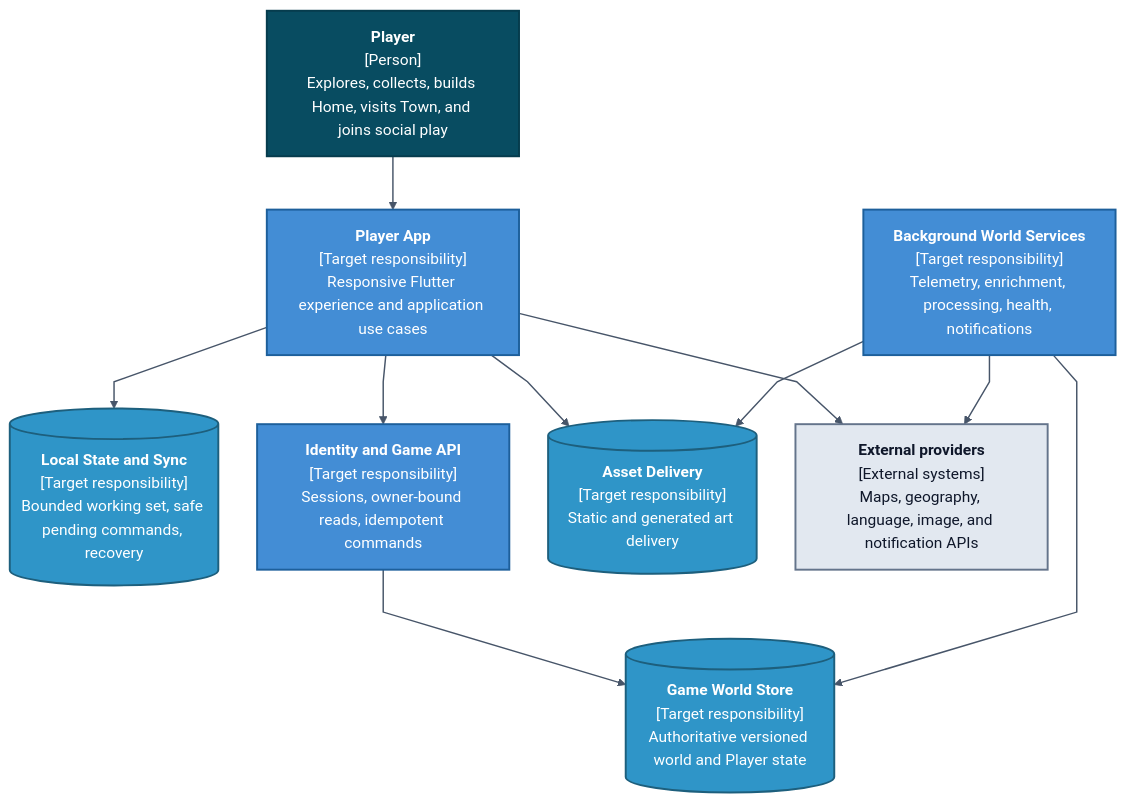
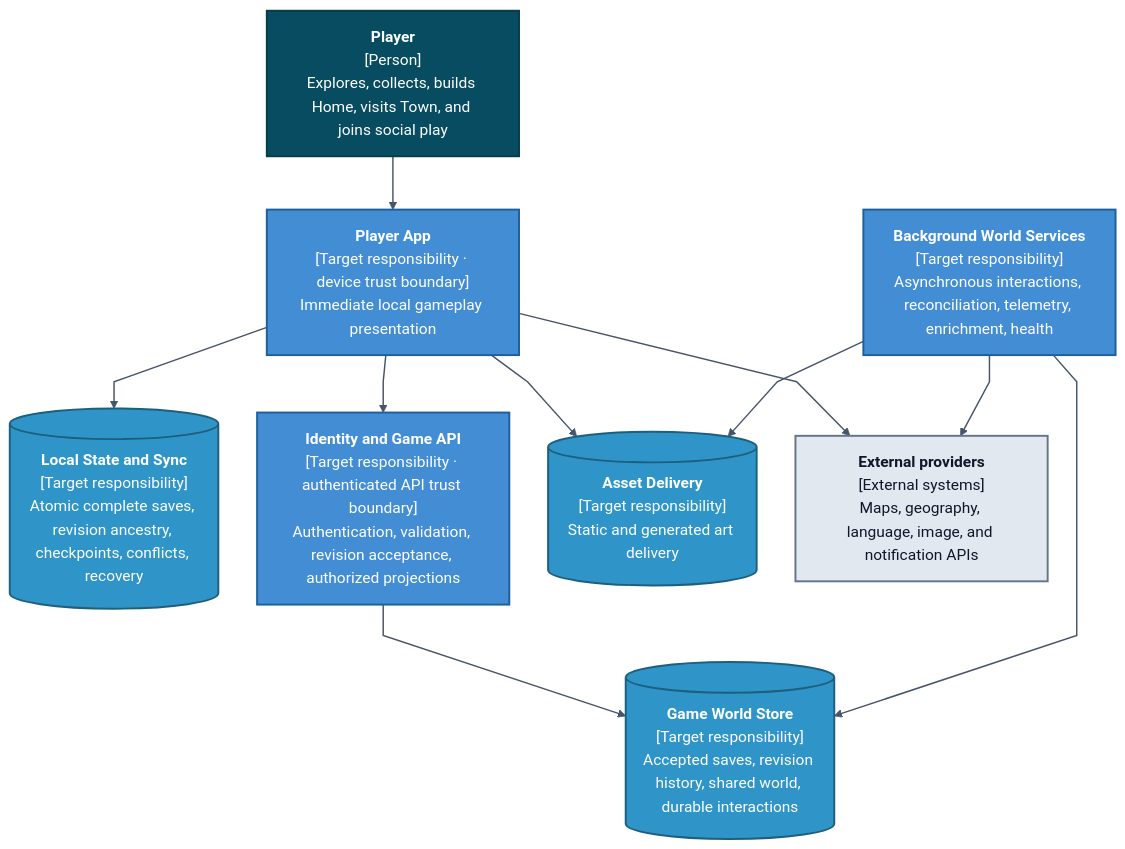
Before and after one commit to JMLegere/geo-app: the diagram in docs/c4/02c-container-target.mmd, drawn with Mermaid. The commit also changed 46 other files, not shown here.

Commit message:
Migrate gameplay to validated local save checkpoints

```diff
--- a/docs/c4/02c-container-target.mmd
+++ b/docs/c4/02c-container-target.mmd
@@ -1,31 +1,31 @@
 %% GENERATED by scripts/generate_c4_diagrams.py — do not edit.
 %%{init: {'theme': 'base', 'themeVariables': {'background': '#ffffff', 'primaryTextColor': '#0f172a', 'lineColor': '#475569', 'fontFamily': 'Arial, sans-serif', 'edgeLabelBackground': '#ffffff', 'actorLineColor': '#64748b', 'signalColor': '#334155', 'labelBoxBorderColor': '#475569', 'labelTextColor': '#0f172a', 'loopLineColor': '#64748b', 'loopTextColor': '#0f172a'}, 'sequence': {'mirrorActors': false, 'diagramMarginX': 30, 'diagramMarginY': 20, 'actorMargin': 40, 'messageMargin': 35}, 'flowchart': {'curve': 'linear', 'nodeSpacing': 40, 'rankSpacing': 55}}}%%
 flowchart TB
     player["<b>Player</b><br/>[Person]<br/>Explores, collects, builds Home, visits Town, and joins social play"]
-    app["<b>Player App</b><br/>[Target responsibility]<br/>Responsive Flutter experience and application use cases"]
-    local[("<b>Local State and Sync</b><br/>[Target responsibility]<br/>Bounded working set, safe pending commands, recovery")]
-    api["<b>Identity and Game API</b><br/>[Target responsibility]<br/>Sessions, owner-bound reads, idempotent commands"]
-    world[("<b>Game World Store</b><br/>[Target responsibility]<br/>Authoritative versioned world and Player state")]
-    background["<b>Background World Services</b><br/>[Target responsibility]<br/>Telemetry, enrichment, processing, health, notifications"]
+    app["<b>Player App</b><br/>[Target responsibility · device trust boundary]<br/>Immediate local gameplay presentation"]
+    local[("<b>Local State and Sync</b><br/>[Target responsibility]<br/>Atomic complete saves, revision ancestry, checkpoints, conflicts, recovery")]
+    api["<b>Identity and Game API</b><br/>[Target responsibility · authenticated API trust boundary]<br/>Authentication, validation, revision acceptance, authorized projections"]
+    world[("<b>Game World Store</b><br/>[Target responsibility]<br/>Accepted saves, revision history, shared world, durable interactions")]
+    background["<b>Background World Services</b><br/>[Target responsibility]<br/>Asynchronous interactions, reconciliation, telemetry, enrichment, health"]
     assets[("<b>Asset Delivery</b><br/>[Target responsibility]<br/>Static and generated art delivery")]
     providers["<b>External providers</b><br/>[External systems]<br/>Maps, geography, language, image, and notification APIs"]
 
     player --> app
     app --> local
     app --> api
     app --> assets
     api --> world
     background --> world
     background --> assets
     app --> providers
     background --> providers
 
     class player person
     class app,api,background container
     class local,world,assets database
     class providers external
     classDef person fill:#084c61,color:#ffffff,stroke:#063c4d,stroke-width:2px;
     classDef container fill:#438dd5,color:#ffffff,stroke:#1d5f9b,stroke-width:2px;
     classDef database fill:#2f95c8,color:#ffffff,stroke:#1d5f7d,stroke-width:2px;
     classDef external fill:#e2e8f0,color:#0f172a,stroke:#64748b,stroke-width:2px;
     linkStyle default stroke:#475569,color:#0f172a,stroke-width:1.5px;
```
